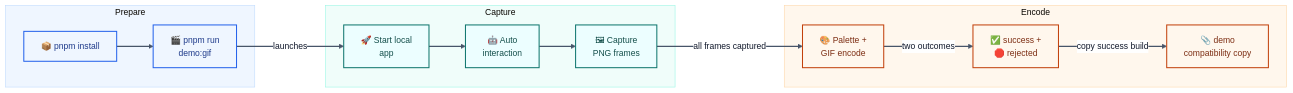
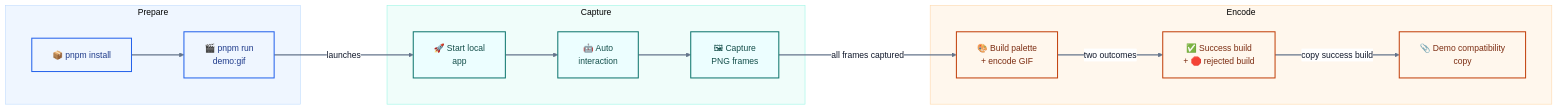
The second of 8 diagrams in README.md (sunshineluyao/Moss-Mcp-Transaction), drawn with Mermaid before and after one commit. The commit also changed other lines of this file, not shown here.

Commit message:
Polish Mermaid chart readability

````diff
--- a/README.md
+++ b/README.md
@@ -194,33 +194,33 @@
 ```mermaid
-%%{init: {'theme':'base','flowchart': {'htmlLabels': true, 'nodeSpacing': 48, 'rankSpacing': 64, 'curve': 'basis'},'themeVariables': {'fontFamily':'Inter, Segoe UI, sans-serif','fontSize':'15px','primaryTextColor':'#0f172a','lineColor':'#475569','clusterBkg':'#f8fafc','clusterBorder':'#cbd5e1','edgeLabelBackground':'#ffffff'}}}%%
+%%{init: {'theme':'base','flowchart': {'htmlLabels': true, 'nodeSpacing': 72, 'rankSpacing': 92, 'curve': 'basis', 'padding': 18},'themeVariables': {'fontFamily':'Inter, Segoe UI, sans-serif','fontSize':'15px','primaryTextColor':'#0f172a','lineColor':'#64748b','clusterBkg':'#f8fafc','clusterBorder':'#cbd5e1','edgeLabelBackground':'#ffffff','primaryBorderColor':'#2563eb','primaryColor':'#eff6ff'}}}%%
 flowchart LR
   subgraph P1[Prepare]
     A["📦 pnpm install"] --> B["🎬 pnpm run<br/>demo:gif"]
   end
 
   subgraph P2[Capture]
     C["🚀 Start local<br/>app"] --> D["🤖 Auto<br/>interaction"]
     D --> E["🖼 Capture<br/>PNG frames"]
   end
 
   subgraph P3[Encode]
-    F["🎨 Palette +<br/>GIF encode"]
-    G["✅ success +<br/>🛑 rejected"]
-    H["📎 demo<br/>compatibility copy"]
+    F["🎨 Build palette<br/>+ encode GIF"]
+    G["✅ Success build<br/>+ 🛑 rejected build"]
+    H["📎 Demo compatibility<br/>copy"]
   end
 
   B -->|launches| C
   E -->|all frames captured| F -->|two outcomes| G -->|copy success build| H
 
   classDef prep fill:#eff6ff,stroke:#2563eb,stroke-width:1.8px,color:#1e3a8a;
   classDef capture fill:#ecfeff,stroke:#0f766e,stroke-width:1.8px,color:#134e4a;
   classDef encode fill:#fff7ed,stroke:#c2410c,stroke-width:1.8px,color:#7c2d12;
 
   class A,B prep;
   class C,D,E capture;
   class F,G,H encode;
   style P1 fill:#eff6ff,stroke:#bfdbfe,stroke-width:1px
   style P2 fill:#f0fdfa,stroke:#99f6e4,stroke-width:1px
   style P3 fill:#fff7ed,stroke:#fed7aa,stroke-width:1px
-  linkStyle default stroke:#475569,stroke-width:2px;
+  linkStyle default stroke:#64748b,stroke-width:2px;
 ```
````
